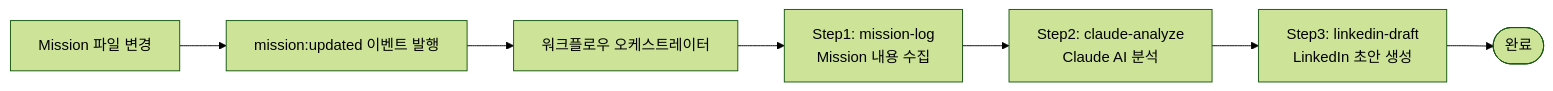
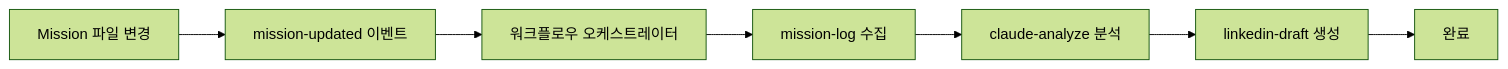
One commit to pandol69kim-bot/gitautopipe changed the second of 7 diagrams in docs/FLOW CHART.md. Above: the diagram before and after it, drawn with Mermaid (forest theme). The commit also changed other lines of this file and 5 other files, not shown here.

Commit message:
feat: Add new diagrams and update existing documentation for improved clarity and Mermaid compatibility

````diff
--- a/docs/FLOW CHART.md
+++ b/docs/FLOW CHART.md
@@ -42,9 +42,9 @@
 ```mermaid
 flowchart LR
-    MissionFile[Mission 파일 변경] --> Event[mission:updated 이벤트 발행]
+    MissionFile[Mission 파일 변경] --> Event[mission-updated 이벤트]
     Event --> Orchestrator[워크플로우 오케스트레이터]
-    Orchestrator --> Step1[Step1: mission-log\nMission 내용 수집]
-    Step1 --> Step2[Step2: claude-analyze\nClaude AI 분석]
-    Step2 --> Step3[Step3: linkedin-draft\nLinkedIn 초안 생성]
-    Step3 --> Done([완료])
+    Orchestrator --> Step1[mission-log 수집]
+    Step1 --> Step2[claude-analyze 분석]
+    Step2 --> Step3[linkedin-draft 생성]
+    Step3 --> Done[완료]
 ```
````
